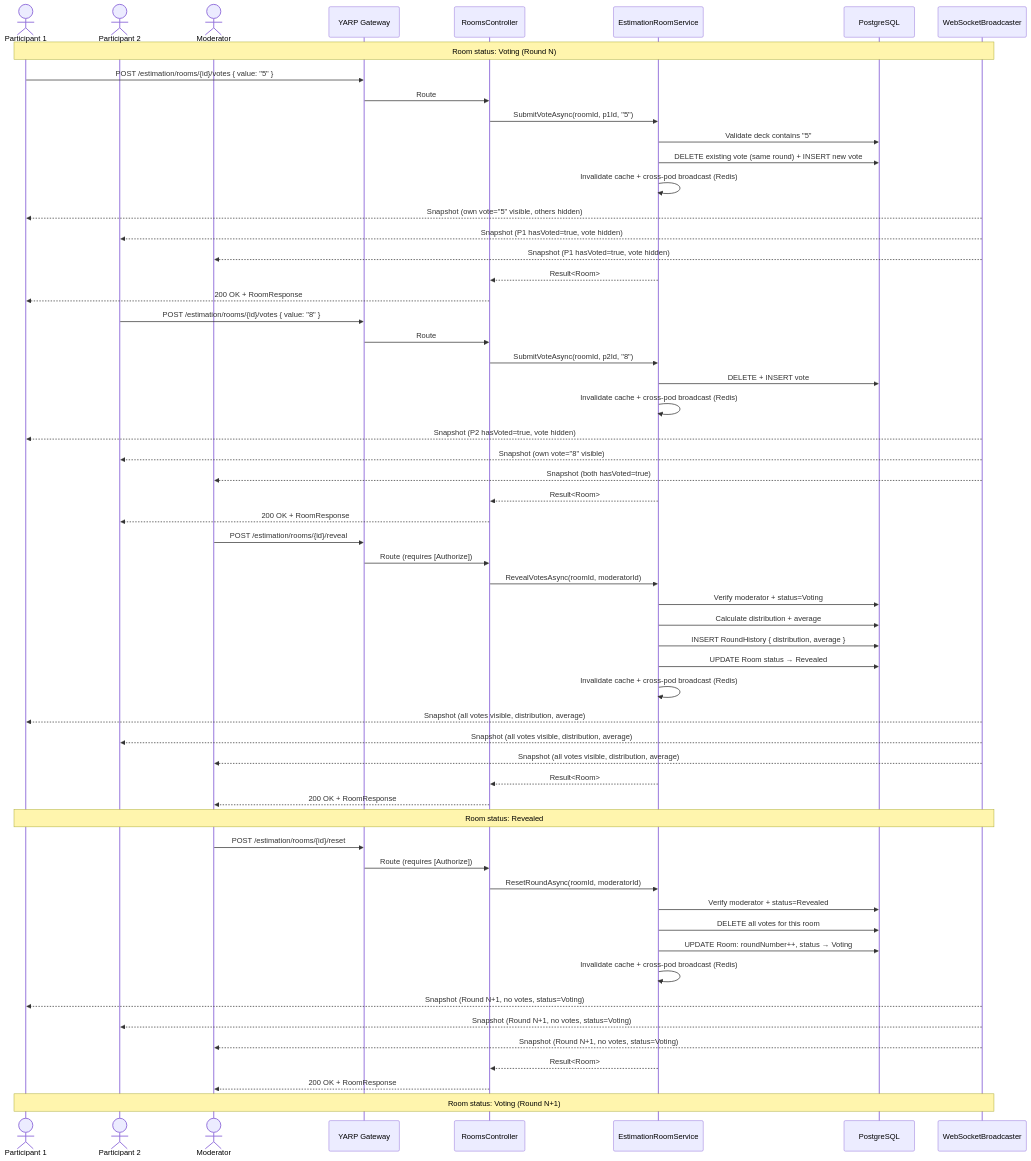
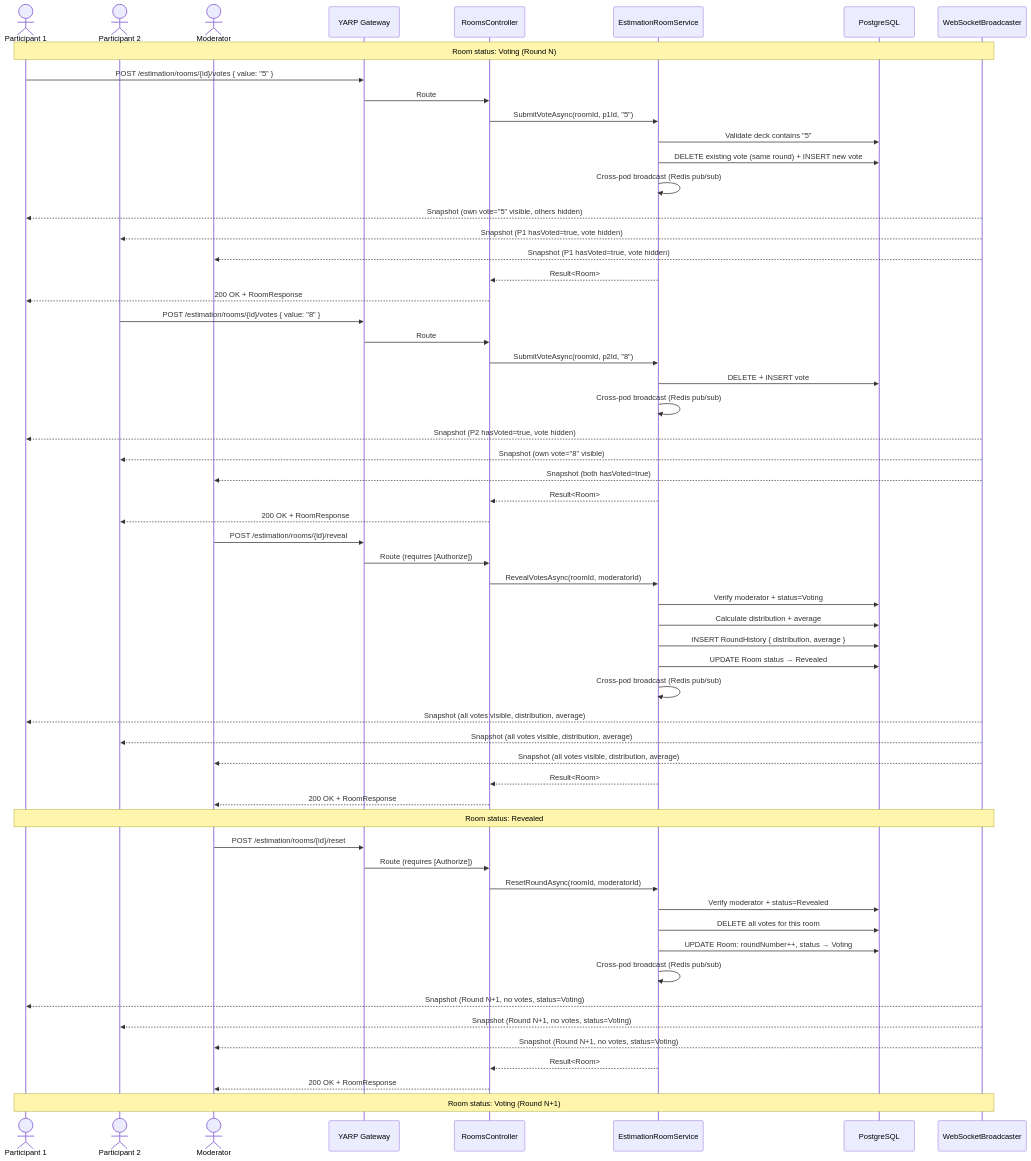
The third of 11 diagrams in Overflow.EstimationService/README.md (HeliosPersonal/overflow), drawn with Mermaid before and after one commit. The commit also changed other lines of this file and 13 other files, not shown here.

Commit message:
refactor: simplify room state management by removing cache invalidation and directly broadcasting updates via Redis

````diff
--- a/Overflow.EstimationService/README.md
+++ b/Overflow.EstimationService/README.md
@@ -205,71 +200,71 @@
 ```mermaid
 sequenceDiagram
     actor P1 as Participant 1
     actor P2 as Participant 2
     actor Mod as Moderator
     participant GW as YARP Gateway
     participant EC as RoomsController
     participant SVC as EstimationRoomService
     participant DB as PostgreSQL
     participant WS as WebSocketBroadcaster
 
     Note over P1,WS: Room status: Voting (Round N)
 
     %% Participant 1 votes
     P1->>GW: POST /estimation/rooms/{id}/votes { value: "5" }
     GW->>EC: Route
     EC->>SVC: SubmitVoteAsync(roomId, p1Id, "5")
     SVC->>DB: Validate deck contains "5"
     SVC->>DB: DELETE existing vote (same round) + INSERT new vote
-    SVC->>SVC: Invalidate cache + cross-pod broadcast (Redis)
+    SVC->>SVC: Cross-pod broadcast (Redis pub/sub)
     WS-->>P1: Snapshot (own vote="5" visible, others hidden)
     WS-->>P2: Snapshot (P1 hasVoted=true, vote hidden)
     WS-->>Mod: Snapshot (P1 hasVoted=true, vote hidden)
     SVC-->>EC: Result<Room>
     EC-->>P1: 200 OK + RoomResponse
 
     %% Participant 2 votes
     P2->>GW: POST /estimation/rooms/{id}/votes { value: "8" }
     GW->>EC: Route
     EC->>SVC: SubmitVoteAsync(roomId, p2Id, "8")
     SVC->>DB: DELETE + INSERT vote
-    SVC->>SVC: Invalidate cache + cross-pod broadcast (Redis)
+    SVC->>SVC: Cross-pod broadcast (Redis pub/sub)
     WS-->>P1: Snapshot (P2 hasVoted=true, vote hidden)
     WS-->>P2: Snapshot (own vote="8" visible)
     WS-->>Mod: Snapshot (both hasVoted=true)
     SVC-->>EC: Result<Room>
     EC-->>P2: 200 OK + RoomResponse
 
     %% Moderator reveals
     Mod->>GW: POST /estimation/rooms/{id}/reveal
     GW->>EC: Route (requires [Authorize])
     EC->>SVC: RevealVotesAsync(roomId, moderatorId)
     SVC->>DB: Verify moderator + status=Voting
     SVC->>DB: Calculate distribution + average
     SVC->>DB: INSERT RoundHistory { distribution, average }
     SVC->>DB: UPDATE Room status → Revealed
-    SVC->>SVC: Invalidate cache + cross-pod broadcast (Redis)
+    SVC->>SVC: Cross-pod broadcast (Redis pub/sub)
     WS-->>P1: Snapshot (all votes visible, distribution, average)
     WS-->>P2: Snapshot (all votes visible, distribution, average)
     WS-->>Mod: Snapshot (all votes visible, distribution, average)
     SVC-->>EC: Result<Room>
     EC-->>Mod: 200 OK + RoomResponse
 
     Note over P1,WS: Room status: Revealed
 
     %% Moderator resets for new round
     Mod->>GW: POST /estimation/rooms/{id}/reset
     GW->>EC: Route (requires [Authorize])
     EC->>SVC: ResetRoundAsync(roomId, moderatorId)
     SVC->>DB: Verify moderator + status=Revealed
     SVC->>DB: DELETE all votes for this room
     SVC->>DB: UPDATE Room: roundNumber++, status → Voting
-    SVC->>SVC: Invalidate cache + cross-pod broadcast (Redis)
+    SVC->>SVC: Cross-pod broadcast (Redis pub/sub)
     WS-->>P1: Snapshot (Round N+1, no votes, status=Voting)
     WS-->>P2: Snapshot (Round N+1, no votes, status=Voting)
     WS-->>Mod: Snapshot (Round N+1, no votes, status=Voting)
     SVC-->>EC: Result<Room>
     EC-->>Mod: 200 OK + RoomResponse
 
     Note over P1,WS: Room status: Voting (Round N+1)
 ```
````
